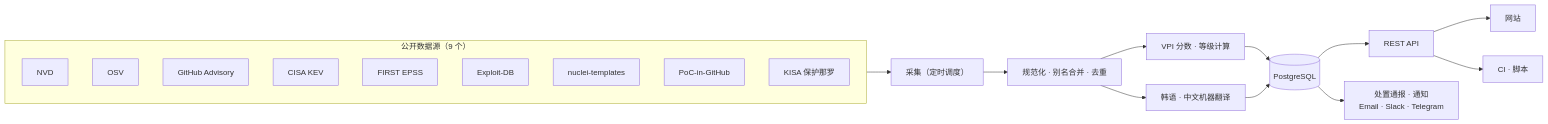
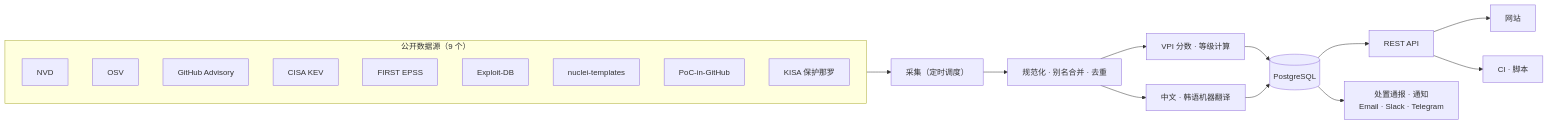
The diagram in README.zh-CN.md (CHOJUNGHO96/VulnIntel-INTRO), drawn with Mermaid before and after one commit. The commit also changed other lines of this file and 3 other files, not shown here.

````diff
--- a/README.zh-CN.md
+++ b/README.zh-CN.md
@@ -33,26 +42,26 @@
 ```mermaid
 flowchart LR
     subgraph SRC["公开数据源（9 个）"]
         direction TB
         NVD["NVD"]
         OSV["OSV"]
         GHSA["GitHub Advisory"]
         KEV["CISA KEV"]
         EPSS["FIRST EPSS"]
         EDB["Exploit-DB"]
         NUC["nuclei-templates"]
         PIG["PoC-in-GitHub"]
         KISA["KISA 保护那罗"]
     end
 
     SRC --> COL["采集（定时调度）"]
     COL --> NORM["规范化 · 别名合并 · 去重"]
     NORM --> VPI["VPI 分数 · 等级计算"]
-    NORM --> TR["韩语 · 中文机器翻译"]
+    NORM --> TR["中文 · 韩语机器翻译"]
     VPI --> DB[("PostgreSQL")]
     TR --> DB
     DB --> API["REST API"]
     API --> WEB["网站"]
     API --> CI["CI · 脚本"]
     DB --> OUT["处置通报 · 通知<br/>Email · Slack · Telegram"]
 ```
````
